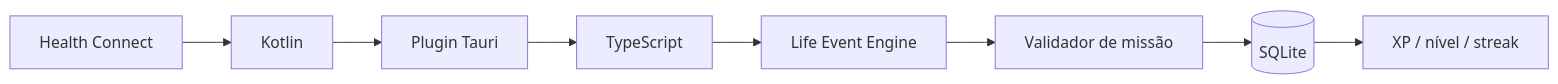
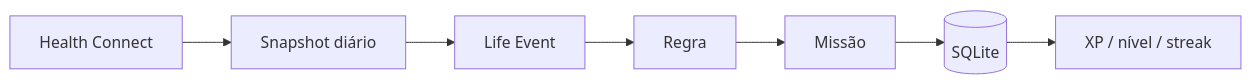
The diagram in docs/RELEASE_0.4.0.md (tombemol/I.C.A.R.O), drawn with Mermaid before and after one commit. The commit also changed other lines of this file and 9 other files, not shown here.

````diff
--- a/docs/RELEASE_0.4.0.md
+++ b/docs/RELEASE_0.4.0.md
@@ -29,10 +19,9 @@
 ```mermaid
 flowchart LR
-  HC[Health Connect] --> K[Kotlin]
-  K --> P[Plugin Tauri]
-  P --> TS[TypeScript]
-  TS --> EVENT[Life Event Engine]
-  EVENT --> V[Validador de missão]
-  V --> DB[(SQLite)]
+  HC[Health Connect] --> SNAP[Snapshot diário]
+  SNAP --> EVENT[Life Event]
+  EVENT --> RULE[Regra]
+  RULE --> QUEST[Missão]
+  QUEST --> DB[(SQLite)]
   DB --> XP[XP / nível / streak]
 ```
````
